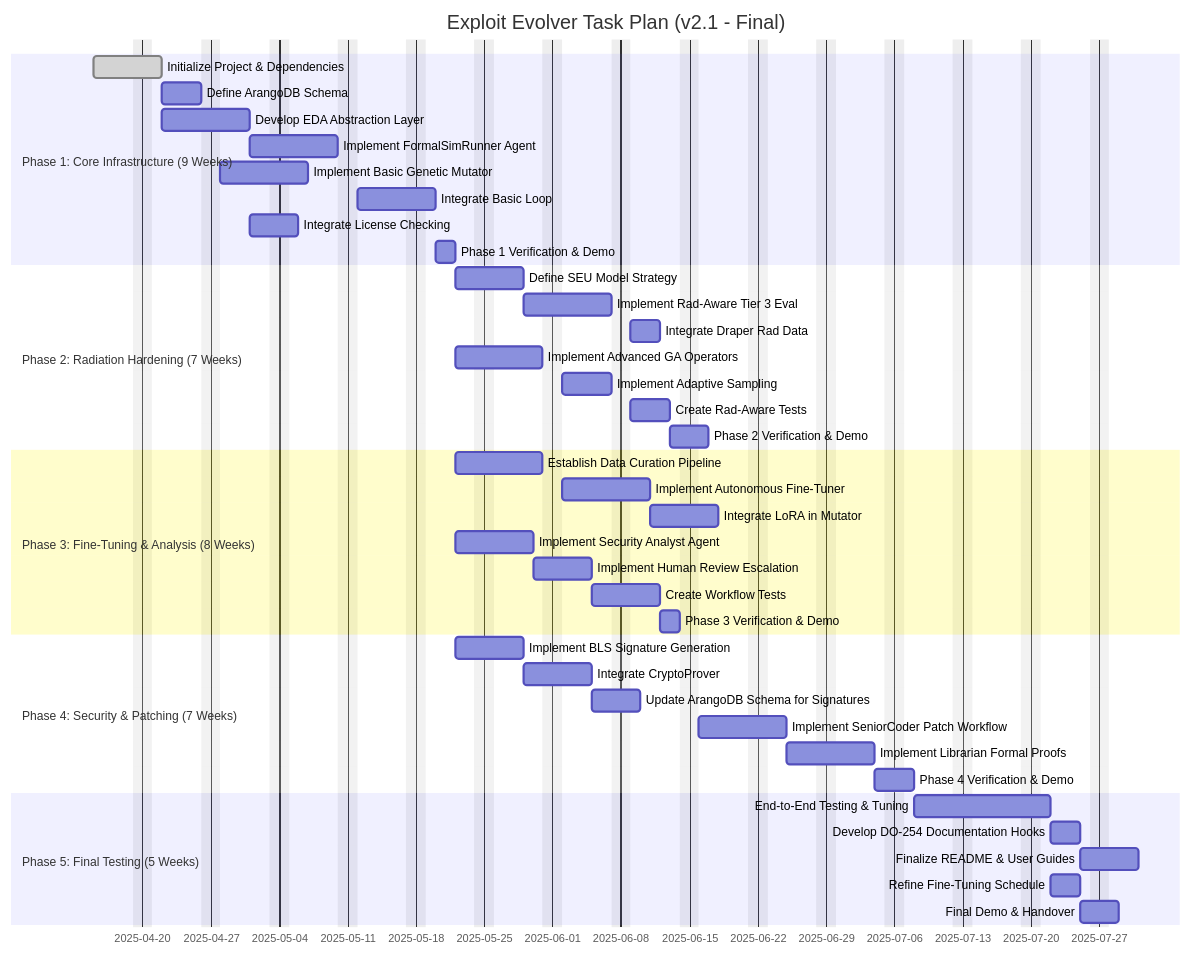
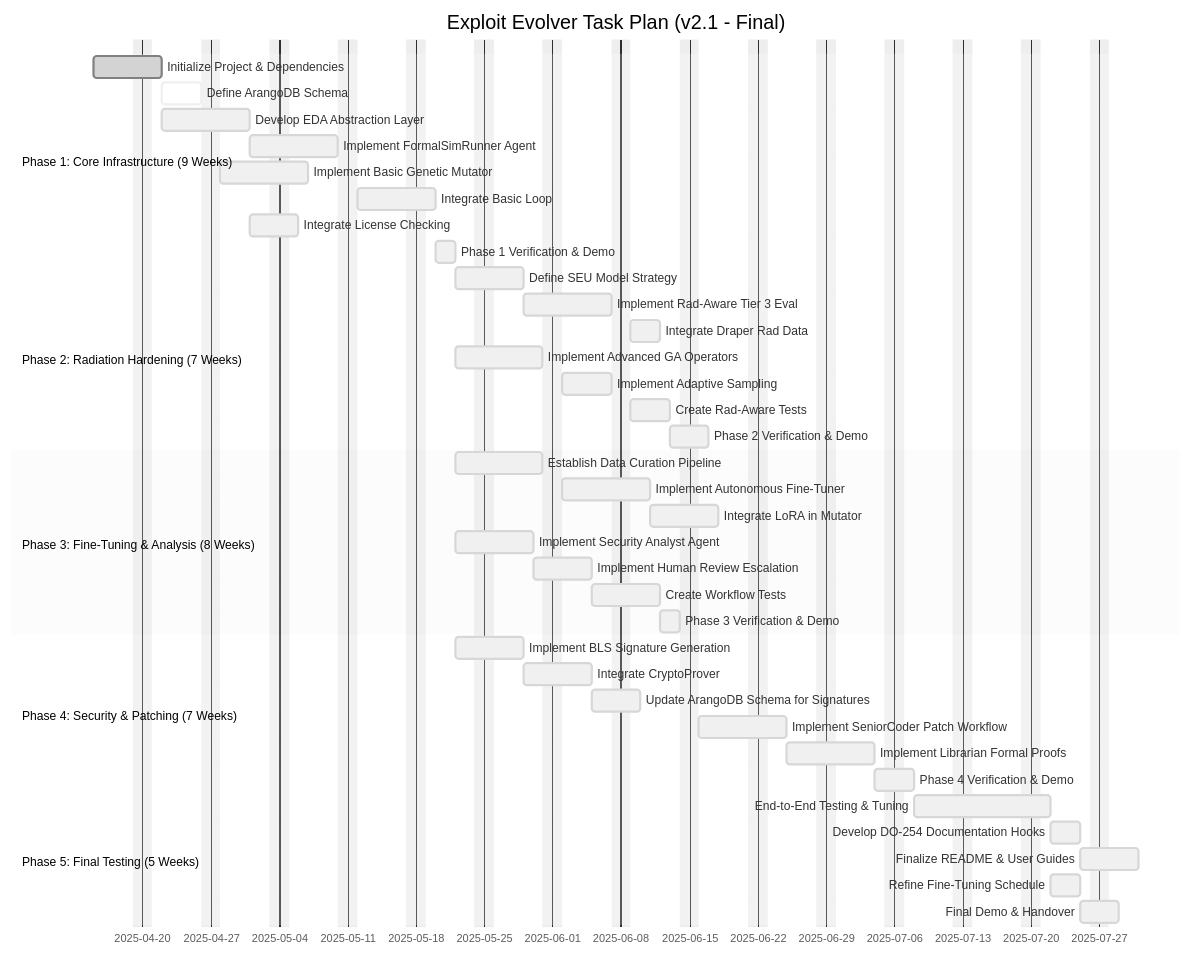
One commit to grahama1970/draper changed the diagram in draper_exploit_evo/task.md. Above: the diagram before and after it, drawn with Mermaid. The commit also changed other lines of this file and 5 other files, not shown here.

````diff
--- a/draper_exploit_evo/task.md
+++ b/draper_exploit_evo/task.md
@@ -56,49 +56,50 @@
 ```mermaid
+%%{init: {'theme': 'base', 'themeVariables': { 'primaryColor': '#f0f0f0'}}}%%
 gantt
     dateFormat  YYYY-MM-DD
     title       Exploit Evolver Task Plan (v2.1 - Final)
     excludes    weekends
 
     section Phase 1: Core Infrastructure (9 Weeks)
-    Initialize Project & Dependencies          : done, 2025-04-15, 5d
-    Define ArangoDB Schema                    : after P1T1, 4d
-    Develop EDA Abstraction Layer             : after P1T1, 7d
-    Implement FormalSimRunner Agent           : after P1T3, 7d
-    Implement Basic Genetic Mutator           : after P1T2, 7d
-    Integrate Basic Loop                      : after P1T4, 6d
-    Integrate License Checking                : after P1T3, 3d
-    Phase 1 Verification & Demo               : after P1T6, 2d
+    Initialize Project & Dependencies          :done, P1T1, 2025-04-15, 5d
+    Define ArangoDB Schema                    :active, P1T2, after P1T1, 4d
+    Develop EDA Abstraction Layer             :P1T3, after P1T1, 7d
+    Implement FormalSimRunner Agent           :P1T4, after P1T3, 7d
+    Implement Basic Genetic Mutator           :P1T5, after P1T2, 7d
+    Integrate Basic Loop                      :P1T6, after P1T4, 6d
+    Integrate License Checking                :P1T7, after P1T3, 3d
+    Phase 1 Verification & Demo               :P1T8, after P1T6, 2d
 
     section Phase 2: Radiation Hardening (7 Weeks)
-    Define SEU Model Strategy                 : after P1T8, 5d
-    Implement Rad-Aware Tier 3 Eval           : after P2T1, 7d
-    Integrate Draper Rad Data                 : after P2T2, 3d
-    Implement Advanced GA Operators           : after P1T8, 7d
-    Implement Adaptive Sampling               : after P2T4, 5d
-    Create Rad-Aware Tests                    : after P2T5, 4d
-    Phase 2 Verification & Demo               : after P2T6, 2d
+    Define SEU Model Strategy                 :P2T1, after P1T8, 5d
+    Implement Rad-Aware Tier 3 Eval           :P2T2, after P2T1, 7d
+    Integrate Draper Rad Data                 :P2T3, after P2T2, 3d
+    Implement Advanced GA Operators           :P2T4, after P1T8, 7d
+    Implement Adaptive Sampling               :P2T5, after P2T4, 5d
+    Create Rad-Aware Tests                    :P2T6, after P2T5, 4d
+    Phase 2 Verification & Demo               :P2T7, after P2T6, 2d
 
     section Phase 3: Fine-Tuning & Analysis (8 Weeks)
-    Establish Data Curation Pipeline          : after P1T8, 7d
-    Implement Autonomous Fine-Tuner           : after P3T1, 7d
-    Integrate LoRA in Mutator                 : after P3T2, 5d
-    Implement Security Analyst Agent          : after P1T8, 6d
-    Implement Human Review Escalation         : after P3T4, 4d
-    Create Workflow Tests                     : after P3T5, 5d
-    Phase 3 Verification & Demo               : after P3T6, 2d
+    Establish Data Curation Pipeline          :P3T1, after P1T8, 7d
+    Implement Autonomous Fine-Tuner           :P3T2, after P3T1, 7d
+    Integrate LoRA in Mutator                 :P3T3, after P3T2, 5d
+    Implement Security Analyst Agent          :P3T4, after P1T8, 6d
+    Implement Human Review Escalation         :P3T5, after P3T4, 4d
+    Create Workflow Tests                     :P3T6, after P3T5, 5d
+    Phase 3 Verification & Demo               :P3T7, after P3T6, 2d
 
     section Phase 4: Security & Patching (7 Weeks)
-    Implement BLS Signature Generation        : after P1T8, 5d
-    Integrate CryptoProver                    : after P4T1, 5d
-    Update ArangoDB Schema for Signatures     : after P4T2, 3d
-    Implement SeniorCoder Patch Workflow      : after P3T7, 7d
-    Implement Librarian Formal Proofs         : after P4T4, 7d
-    Phase 4 Verification & Demo               : after P4T5, 2d
+    Implement BLS Signature Generation        :P4T1, after P1T8, 5d
+    Integrate CryptoProver                    :P4T2, after P4T1, 5d
+    Update ArangoDB Schema for Signatures     :P4T3, after P4T2, 3d
+    Implement SeniorCoder Patch Workflow      :P4T4, after P3T7, 7d
+    Implement Librarian Formal Proofs         :P4T5, after P4T4, 7d
+    Phase 4 Verification & Demo               :P4T6, after P4T5, 2d
 
     section Phase 5: Final Testing (5 Weeks)
-    End-to-End Testing & Tuning               : after P4T6, 10d
-    Develop DO-254 Documentation Hooks        : after P5T1, 3d
-    Finalize README & User Guides             : after P5T2, 4d
-    Refine Fine-Tuning Schedule               : after P5T1, 3d
-    Final Demo & Handover                     : after P5T4, 2d
+    End-to-End Testing & Tuning               :P5T1, after P4T6, 10d
+    Develop DO-254 Documentation Hooks        :P5T2, after P5T1, 3d
+    Finalize README & User Guides             :P5T3, after P5T2, 4d
+    Refine Fine-Tuning Schedule               :P5T4, after P5T1, 3d
+    Final Demo & Handover                     :P5T5, after P5T4, 2d
 ```
````
